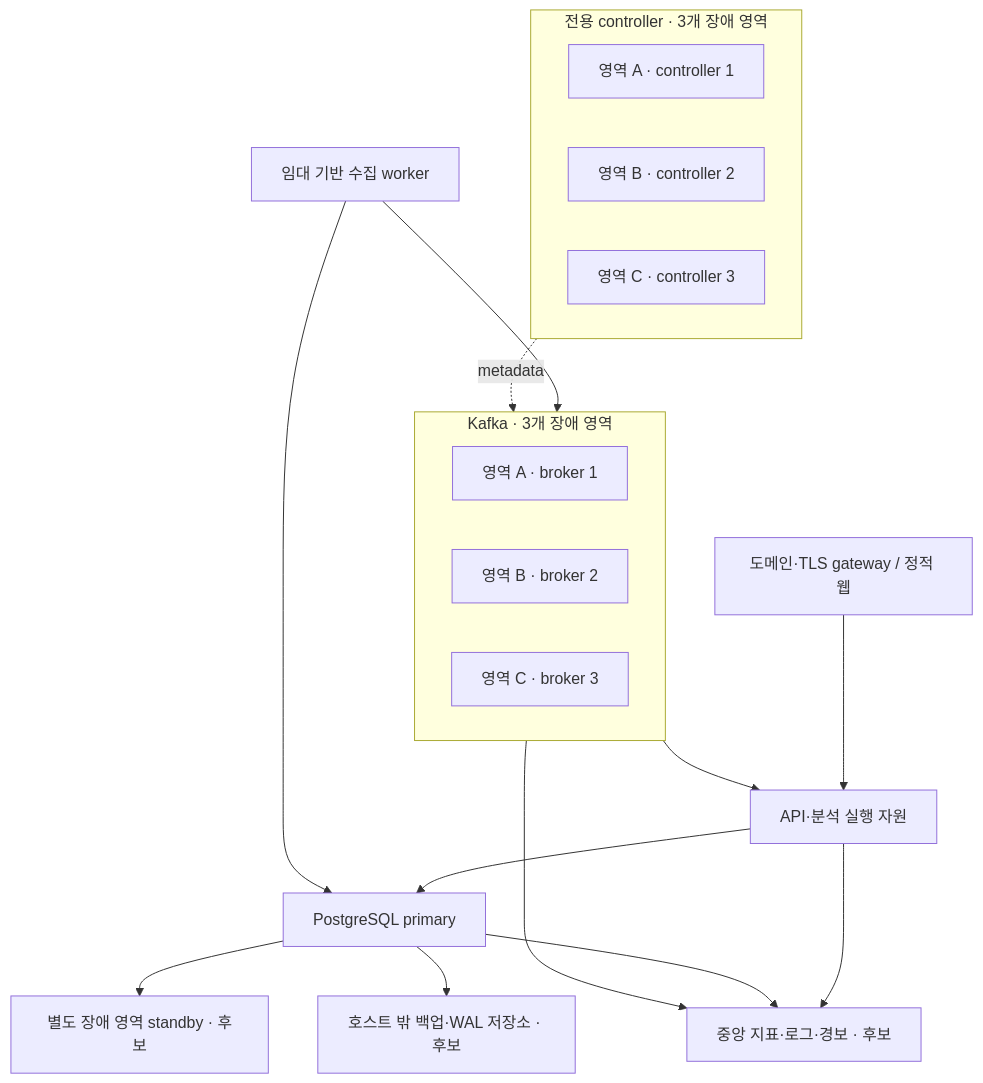
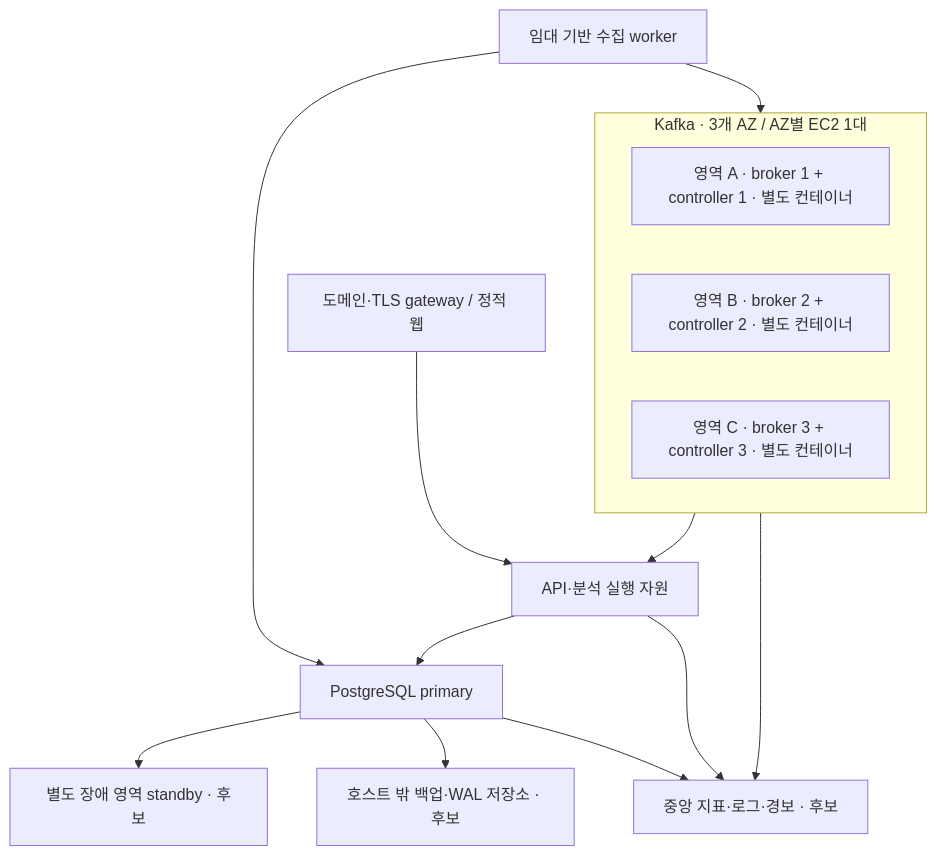
One commit to joejaeyoung/jigeumini changed the second of 2 diagrams in docs/design/INFRASTRUCTURE.md. Above: the diagram before and after it, drawn with Mermaid. The commit also changed other lines of this file and 4 other files, not shown here.

````diff
--- a/docs/design/INFRASTRUCTURE.md
+++ b/docs/design/INFRASTRUCTURE.md
@@ -43,24 +45,18 @@
 ```mermaid
 flowchart TB
   EDGE[도메인·TLS gateway / 정적 웹] --> APP[API·분석 실행 자원]
   FLEET[임대 기반 수집 worker] --> BROKERS
-  subgraph BROKERS[Kafka · 3개 장애 영역]
-    B1[영역 A · broker 1]
-    B2[영역 B · broker 2]
-    B3[영역 C · broker 3]
+  subgraph BROKERS[Kafka · 3개 AZ / AZ별 EC2 1대]
+    B1[영역 A · broker 1 + controller 1 · 별도 컨테이너]
+    B2[영역 B · broker 2 + controller 2 · 별도 컨테이너]
+    B3[영역 C · broker 3 + controller 3 · 별도 컨테이너]
   end
-  subgraph QUORUM[전용 controller · 3개 장애 영역]
-    C1[영역 A · controller 1]
-    C2[영역 B · controller 2]
-    C3[영역 C · controller 3]
-  end
-  QUORUM -. metadata .-> BROKERS
   BROKERS --> APP
   APP --> PG[PostgreSQL primary]
   FLEET --> PG
   PG --> STANDBY[별도 장애 영역 standby · 후보]
   PG --> BACKUP[호스트 밖 백업·WAL 저장소 · 후보]
   APP --> MON[중앙 지표·로그·경보 · 후보]
   BROKERS --> MON
   PG --> MON
 ```
````
